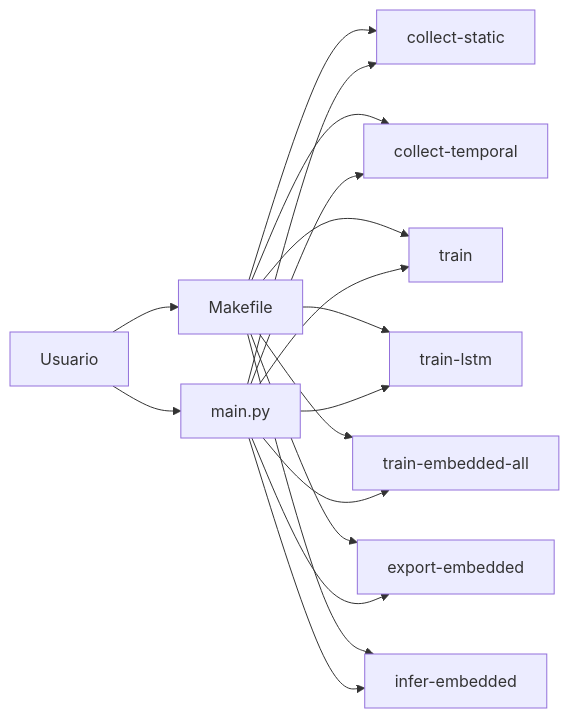
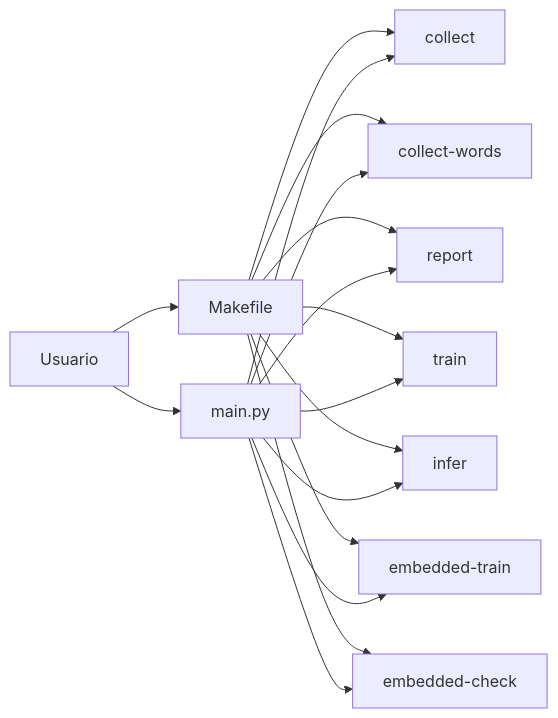
The second of 8 diagrams in docs/ARCHITECTURE.md (Gabryel-lima/LibrIA), drawn with Mermaid before and after one commit. The commit also changed other lines of this file and 38 other files, not shown here.

````diff
--- a/docs/ARCHITECTURE.md
+++ b/docs/ARCHITECTURE.md
@@ -36,19 +36,19 @@
 ```mermaid
 flowchart LR
     A[Usuario] --> B[Makefile]
     A --> C[main.py]
-    B --> D[collect-static]
-    B --> E[collect-temporal]
-    B --> F[train]
-    B --> G[train-lstm]
-    B --> H[train-embedded-all]
-    B --> I[export-embedded]
-    B --> J[infer-embedded]
+    B --> D[collect]
+    B --> E[collect-words]
+    B --> F[report]
+    B --> G[train]
+    B --> H[infer]
+    B --> I[embedded-train]
+    B --> J[embedded-check]
     C --> D
     C --> E
     C --> F
     C --> G
     C --> H
     C --> I
     C --> J
 ```
````
